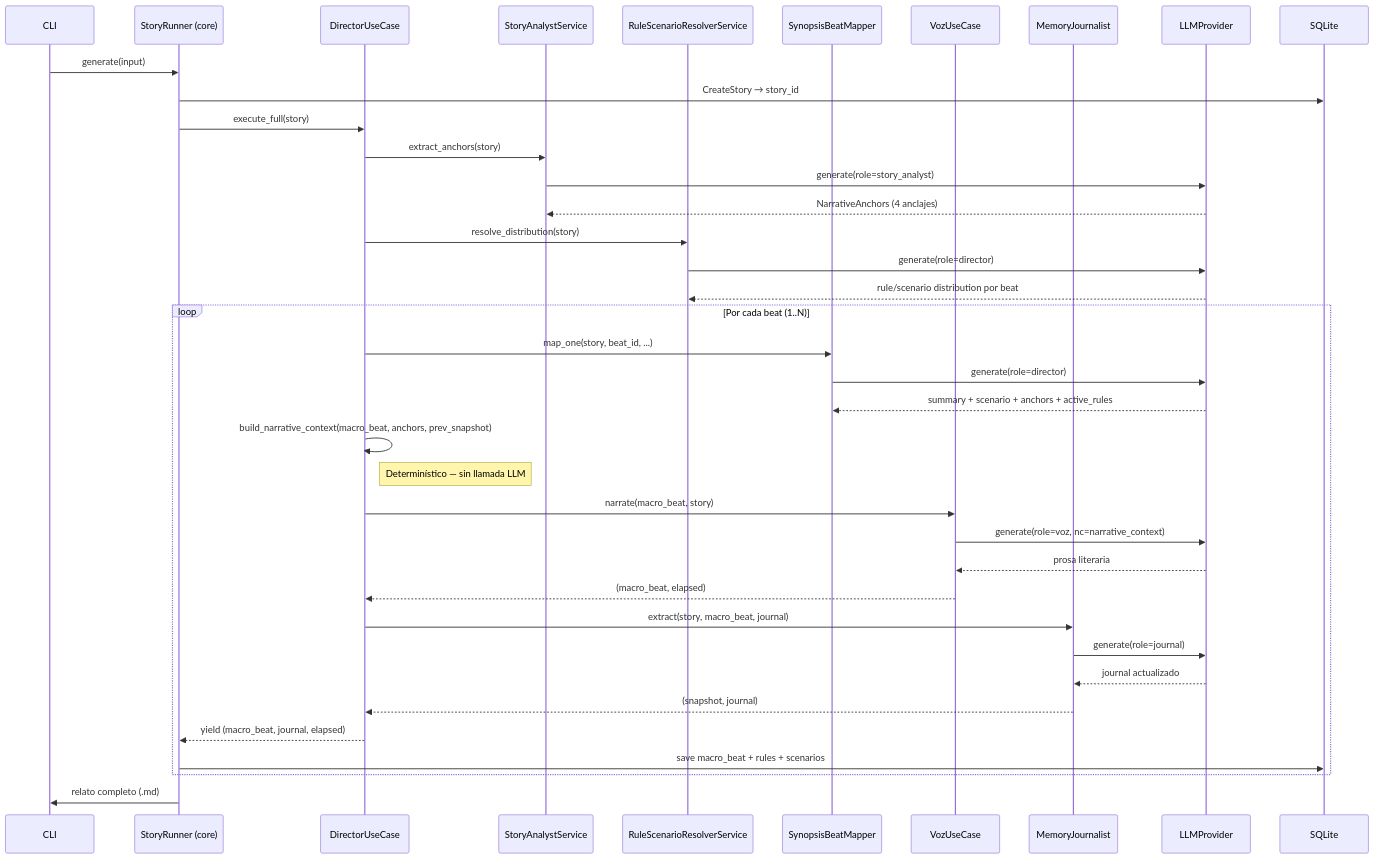
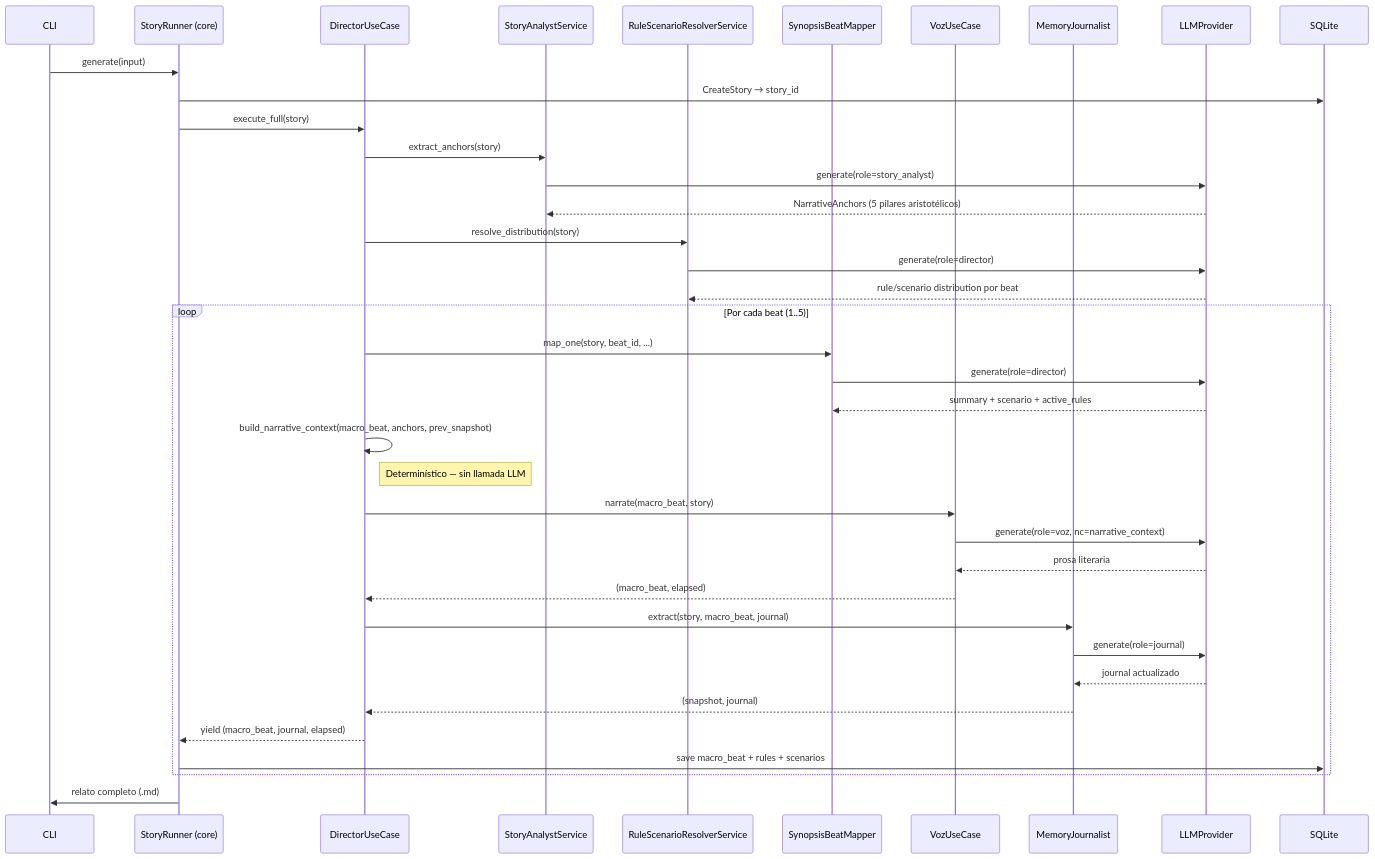
Before and after one commit to rledesma912/automated_narrative: the first of 4 diagrams in README.md, drawn with Mermaid. The commit also changed other lines of this file and 25 other files, not shown here.

````diff
--- a/README.md
+++ b/README.md
@@ -35,50 +35,50 @@
 ```mermaid
 sequenceDiagram
     participant CLI
     participant Runner as StoryRunner (core)
     participant Dir as DirectorUseCase
     participant Ana as StoryAnalystService
     participant Res as RuleScenarioResolverService
     participant Map as SynopsisBeatMapper
     participant Voz as VozUseCase
     participant Jrn as MemoryJournalist
     participant LLM as LLMProvider
     participant DB as SQLite
 
     CLI->>Runner: generate(input)
     Runner->>DB: CreateStory → story_id
 
     Runner->>Dir: execute_full(story)
 
     Dir->>Ana: extract_anchors(story)
     Ana->>LLM: generate(role=story_analyst)
-    LLM-->>Ana: NarrativeAnchors (4 anclajes)
+    LLM-->>Ana: NarrativeAnchors (5 pilares aristotélicos)
 
     Dir->>Res: resolve_distribution(story)
     Res->>LLM: generate(role=director)
     LLM-->>Res: rule/scenario distribution por beat
 
-    loop Por cada beat (1..N)
+    loop Por cada beat (1..5)
         Dir->>Map: map_one(story, beat_id, ...)
         Map->>LLM: generate(role=director)
-        LLM-->>Map: summary + scenario + anchors + active_rules
+        LLM-->>Map: summary + scenario + active_rules
 
         Dir->>Dir: build_narrative_context(macro_beat, anchors, prev_snapshot)
         Note right of Dir: Determinístico — sin llamada LLM
 
         Dir->>Voz: narrate(macro_beat, story)
         Voz->>LLM: generate(role=voz, nc=narrative_context)
         LLM-->>Voz: prosa literaria
         Voz-->>Dir: (macro_beat, elapsed)
 
         Dir->>Jrn: extract(story, macro_beat, journal)
         Jrn->>LLM: generate(role=journal)
         LLM-->>Jrn: journal actualizado
         Jrn-->>Dir: (snapshot, journal)
 
         Dir-->>Runner: yield (macro_beat, journal, elapsed)
         Runner->>DB: save macro_beat + rules + scenarios
     end
 
     Runner->>CLI: relato completo (.md)
 ```
````
